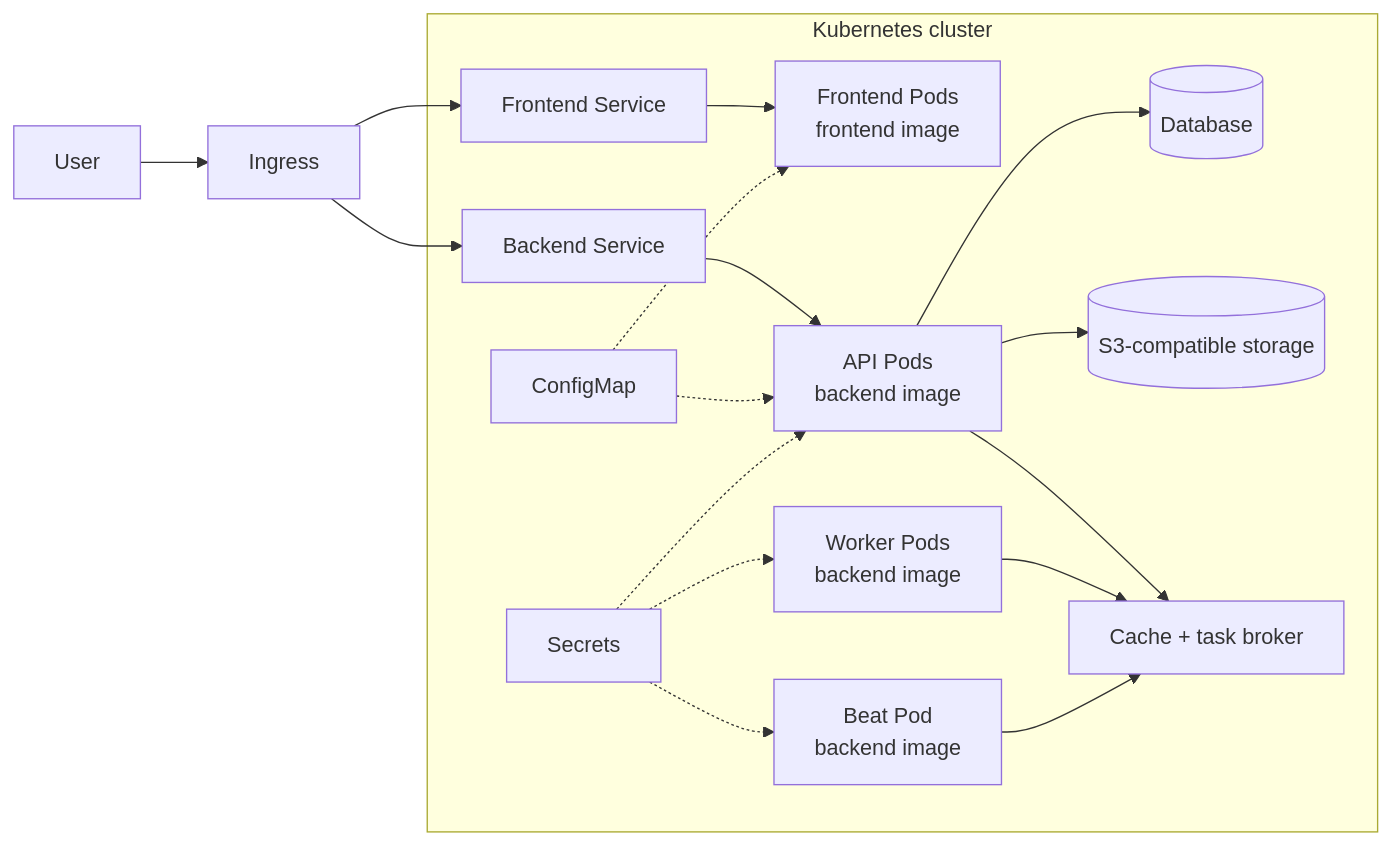
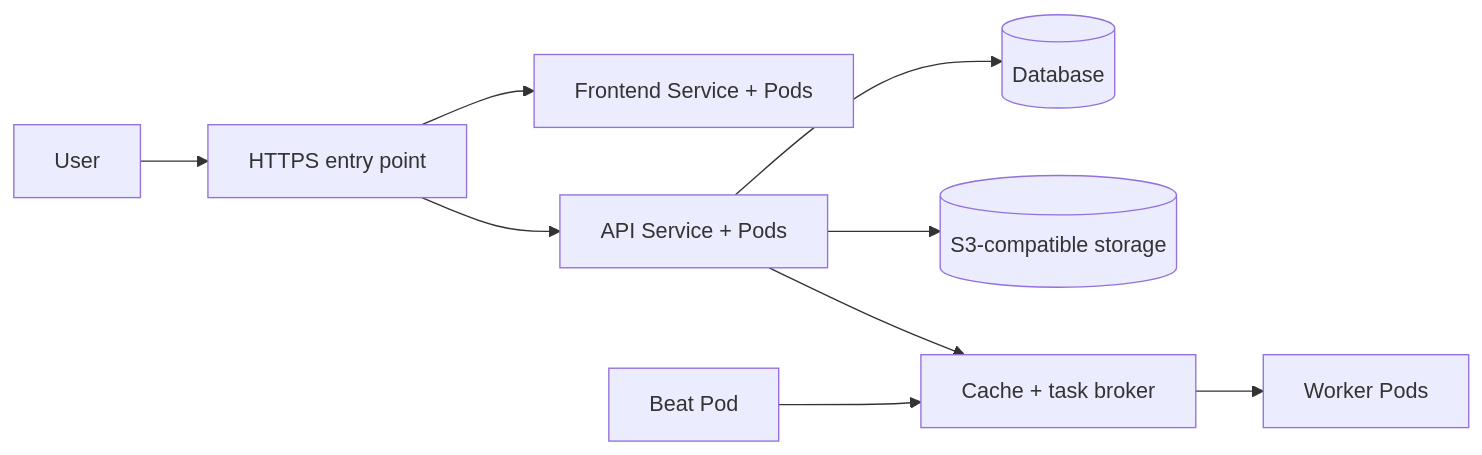
Before and after one commit to jesbinjoseph/care-session: the first of 2 diagrams in docs/session-3-slides.md, drawn with Mermaid. The commit also changed other lines of this file and 12 other files, not shown here.

````diff
--- a/docs/session-3-slides.md
+++ b/docs/session-3-slides.md
@@ -429,26 +466,11 @@
 ```mermaid
 flowchart LR
-    user[User] --> ingress[Ingress]
-    ingress --> feService[Frontend Service]
-    ingress --> apiService[Backend Service]
-
-    subgraph cluster[Kubernetes cluster]
-        feService --> fePods[Frontend Pods<br/>frontend image]
-        apiService --> apiPods[API Pods<br/>backend image]
-
-        worker[Worker Pods<br/>backend image]
-        beat[Beat Pod<br/>backend image]
-
-        config[ConfigMap] -.-> fePods
-        config -.-> apiPods
-        secrets[Secrets] -.-> apiPods
-        secrets -.-> worker
-        secrets -.-> beat
-
-        apiPods --> database[(Database)]
-        apiPods --> storage[(S3-compatible storage)]
-        apiPods --> broker[Cache + task broker]
-        worker --> broker
-        beat --> broker
-    end
+    user[User] --> entry[HTTPS entry point]
+    entry --> frontend[Frontend Service + Pods]
+    entry --> api[API Service + Pods]
+    api --> database[(Database)]
+    api --> storage[(S3-compatible storage)]
+    api --> broker[Cache + task broker]
+    broker --> worker[Worker Pods]
+    beat[Beat Pod] --> broker
 ```
````
